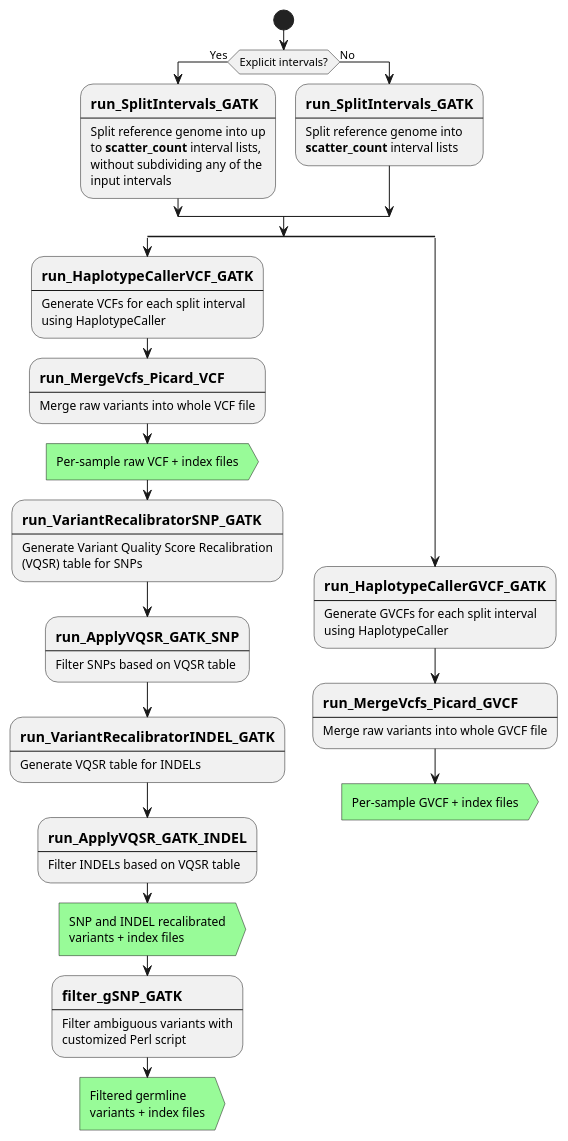
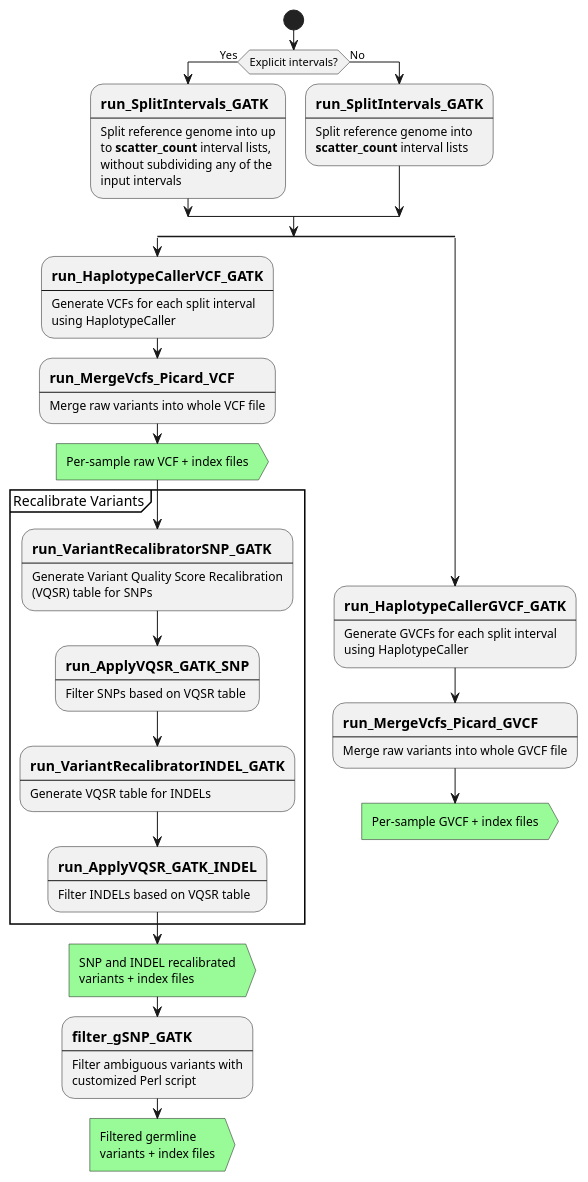
The diagram in docs/call-gsnp-flow.puml (uclahs-cds/pipeline-call-gSNP), drawn with PlantUML before and after one commit.

Commit message:
Revert "Remove partition"
This reverts commit 0c5146a8d64e9fa044948762460cf2b60a891766.

```diff
--- a/docs/call-gsnp-flow.puml
+++ b/docs/call-gsnp-flow.puml
@@ -1,81 +1,86 @@
 @startuml
 
 skinparam ConditionEndStyle hline
 
 start
 
 if (Explicit intervals?) is (Yes) then
     :==run_SplitIntervals_GATK
     ----
     Split reference genome into up
     to **scatter_count** interval lists,
     without subdividing any of the
     input intervals;
 else (No)
     :==run_SplitIntervals_GATK
     ----
     Split reference genome into
     **scatter_count** interval lists;
 endif
 
 split
 
 :==run_HaplotypeCallerVCF_GATK
 ----
 Generate VCFs for each split interval
 using HaplotypeCaller;
 
 :==run_MergeVcfs_Picard_VCF
 ----
 Merge raw variants into whole VCF file;
 
 #palegreen:Per-sample raw VCF + index files>
 
+partition "Recalibrate Variants" {
+
 :==run_VariantRecalibratorSNP_GATK
 ----
 Generate Variant Quality Score Recalibration
 (VQSR) table for SNPs;
 
 :==run_ApplyVQSR_GATK_SNP
 ----
 Filter SNPs based on VQSR table;
 
 :==run_VariantRecalibratorINDEL_GATK
 ----
 Generate VQSR table for INDELs;
 
 :==run_ApplyVQSR_GATK_INDEL
 ----
 Filter INDELs based on VQSR table;
+
+}
 
 #palegreen:SNP and INDEL recalibrated
 variants + index files>
 
 :==filter_gSNP_GATK
 ----
 Filter ambiguous variants with
 customized Perl script;
 
 #palegreen:Filtered germline
 variants + index files>
 
 detach
 
 split again
 
 :==run_HaplotypeCallerGVCF_GATK
 ----
 Generate GVCFs for each split interval
 using HaplotypeCaller;
 
 :==run_MergeVcfs_Picard_GVCF
 ----
 Merge raw variants into whole GVCF file;
 
 #palegreen:Per-sample GVCF + index files>
 
 detach
 
 endsplit
 
+
 @enduml
```
